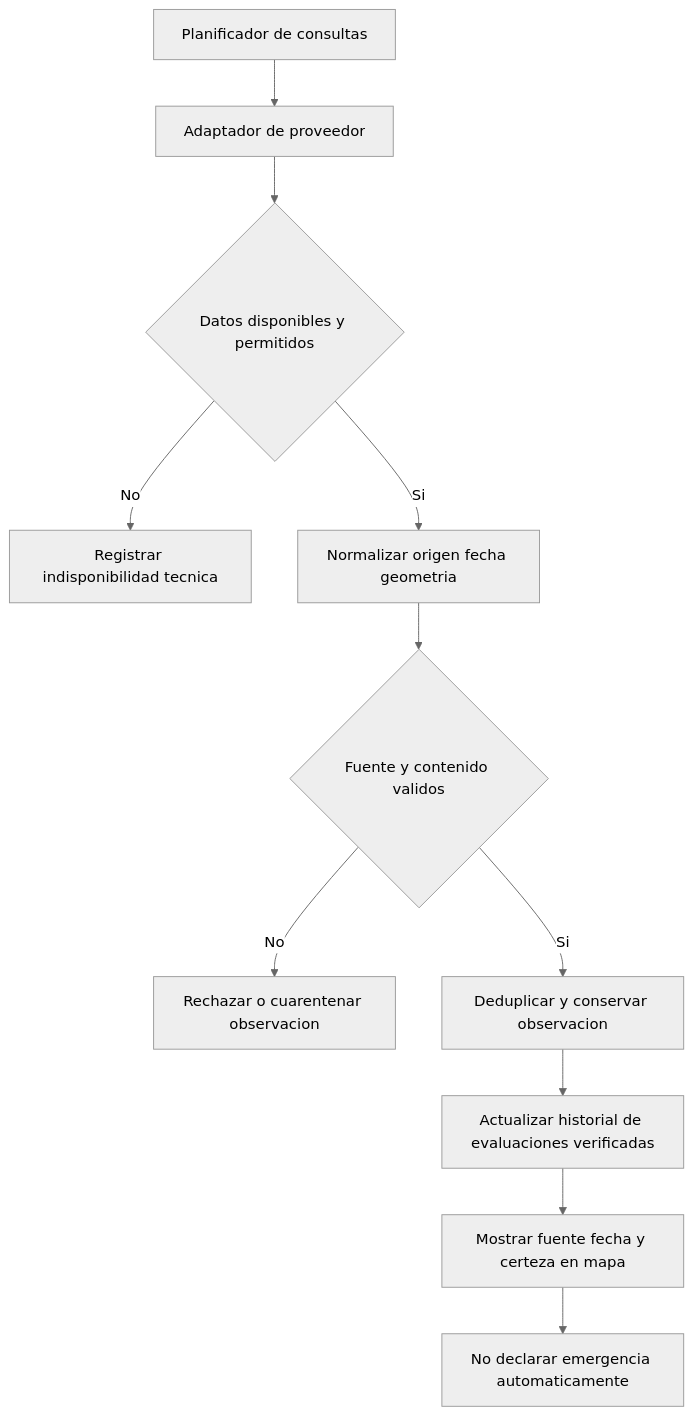
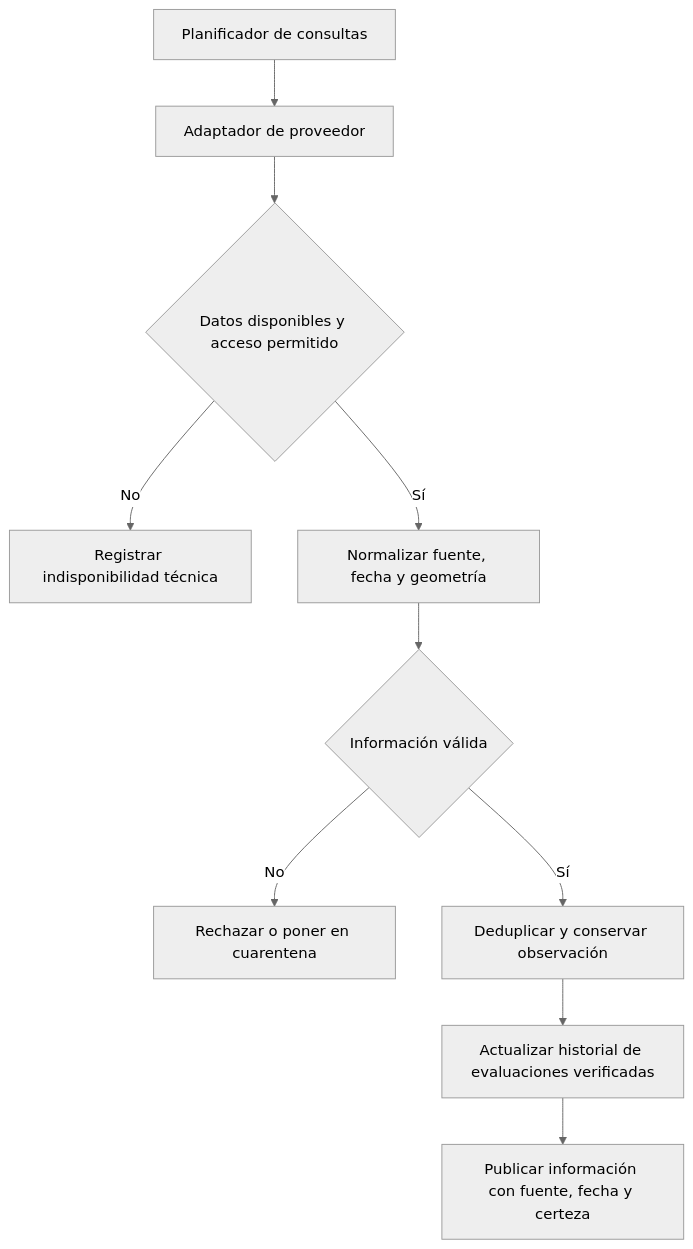
Before and after one commit to EderPanta18/alivia-humanitarian-system-design: the diagram in docs/08-comunicaciones/04-integraciones-externas.md, drawn with Mermaid (neutral theme). The commit also changed other lines of this file and 44 other files, not shown here.

````diff
--- a/docs/08-comunicaciones/04-integraciones-externas.md
+++ b/docs/08-comunicaciones/04-integraciones-externas.md
@@ -39,13 +57,12 @@
 ```mermaid
 flowchart TD
- T[Planificador de consultas] --> A[Adaptador de proveedor]
- A --> V{Datos disponibles y permitidos}
- V -- No --> E[Registrar indisponibilidad tecnica]
- V -- Si --> N[Normalizar origen fecha geometria]
- N --> Q{Fuente y contenido validos}
- Q -- No --> X[Rechazar o cuarentenar observacion]
- Q -- Si --> D[Deduplicar y conservar observacion]
- D --> R[Actualizar historial de evaluaciones verificadas]
- R --> M[Mostrar fuente fecha y certeza en mapa]
- M --> S[No declarar emergencia automaticamente]
+    T[Planificador de consultas] --> A[Adaptador de proveedor]
+    A --> V{Datos disponibles y acceso permitido}
+    V -- No --> E[Registrar indisponibilidad técnica]
+    V -- Sí --> N[Normalizar fuente, fecha y geometría]
+    N --> Q{Información válida}
+    Q -- No --> X[Rechazar o poner en cuarentena]
+    Q -- Sí --> D[Deduplicar y conservar observación]
+    D --> R[Actualizar historial de evaluaciones verificadas]
+    R --> M[Publicar información con fuente, fecha y certeza]
 ```
````
